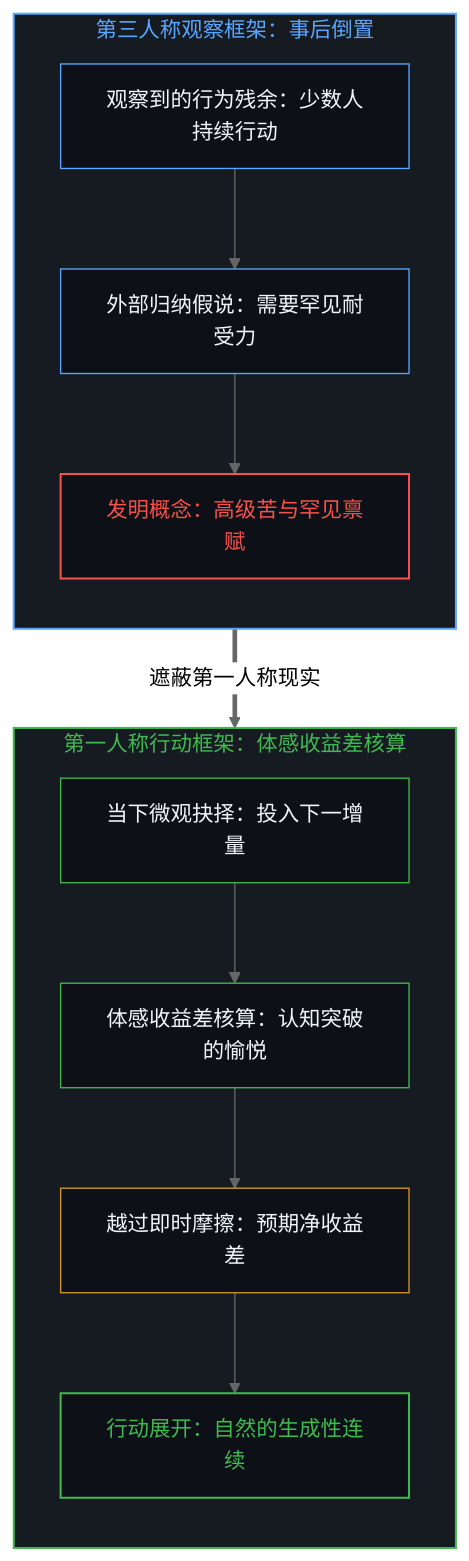
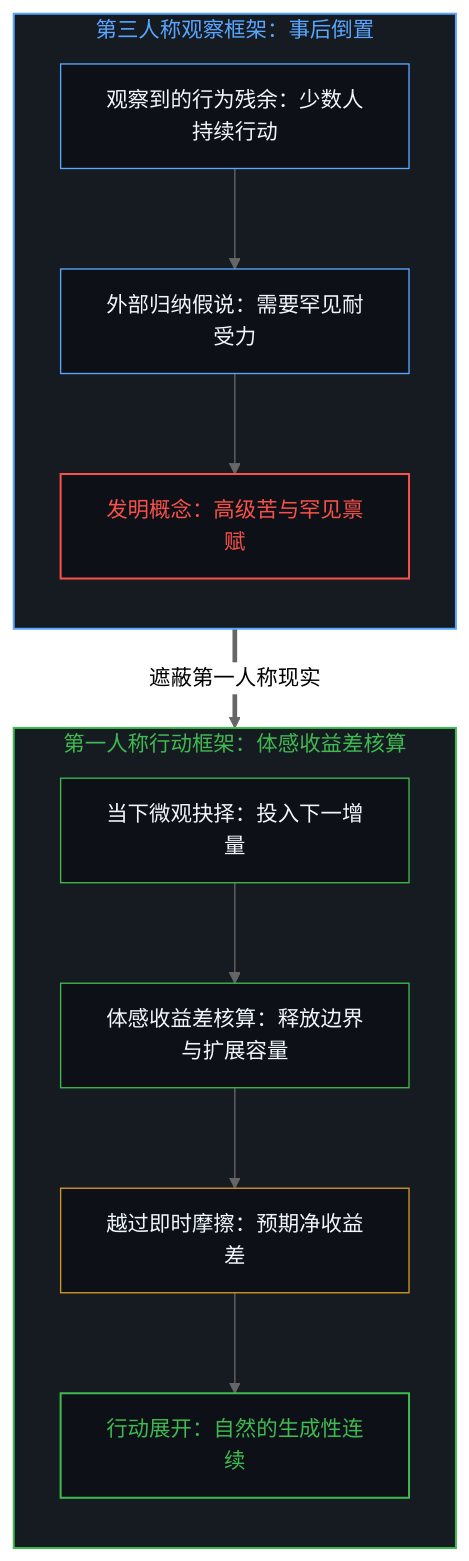
The first of 4 diagrams in content/posts/the-causal-overstep-of-observation-and-the-first-person-surplus.md (powerpig99/not-a-toe), drawn with Mermaid (neutral theme) before and after one commit. The commit also changed other lines of this file and 5 other files, not shown here.

````diff
--- a/content/posts/the-causal-overstep-of-observation-and-the-first-person-surplus.md
+++ b/content/posts/the-causal-overstep-of-observation-and-the-first-person-surplus.md
@@ -27,24 +27,24 @@
 ```mermaid
 graph TD
     subgraph S_ThirdPerson ["第三人称观察框架：事后倒置"]
         direction TB
         style S_ThirdPerson fill:#161b22,stroke:#58a6ff,stroke-width:1.5px,color:#58a6ff
         A1["观察到的行为残余：少数人持续行动"] --> A2["外部归纳假说：需要罕见耐受力"]
         A2 --> A3["发明概念：高级苦与罕见禀赋"]
         style A1 fill:#0d1117,stroke:#58a6ff,stroke-width:1px,color:#f0f6fc
         style A2 fill:#0d1117,stroke:#58a6ff,stroke-width:1px,color:#f0f6fc
         style A3 fill:#0d1117,stroke:#f85149,stroke-width:1.5px,color:#f85149
     end
     A3 ==>|"遮蔽第一人称现实"| B1
     subgraph S_FirstPerson ["第一人称行动框架：体感收益差核算"]
         direction TB
         style S_FirstPerson fill:#161b22,stroke:#3fb950,stroke-width:1.5px,color:#3fb950
-        B1["当下微观抉择：投入下一增量"] --> B2["体感收益差核算：认知突破的愉悦"]
+        B1["当下微观抉择：投入下一增量"] --> B2["体感收益差核算：释放边界与扩展容量"]
         B2 --> B3["越过即时摩擦：预期净收益差"]
         B3 --> B4["行动展开：自然的生成性连续"]
         style B1 fill:#0d1117,stroke:#3fb950,stroke-width:1px,color:#f0f6fc
         style B2 fill:#0d1117,stroke:#3fb950,stroke-width:1px,color:#f0f6fc
         style B3 fill:#0d1117,stroke:#d29922,stroke-width:1px,color:#f0f6fc
         style B4 fill:#0d1117,stroke:#3fb950,stroke-width:1.5px,color:#3fb950
     end
 ```
````
